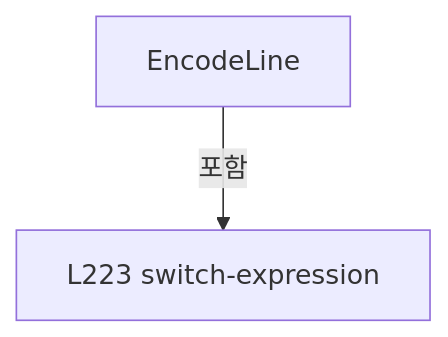
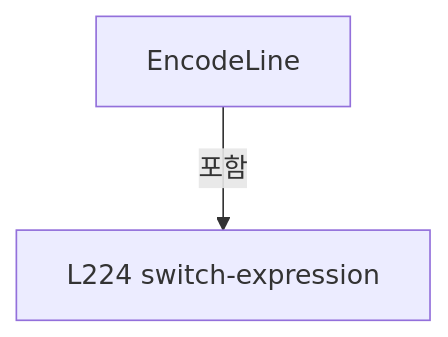
One commit to kjuws10-rgb/Shared changed the tenth of 11 diagrams in A3 LD Code Ref/files/Drilling.Common/Managers/CSettingManager.cs.md. Above: the diagram before and after it, drawn with Mermaid. The commit also changed other lines of this file and 1984 other files, not shown here.

Commit message:
docs(a3): update 11.17.0 architecture and complete code reference

````diff
--- a/A3 LD Code Ref/files/Drilling.Common/Managers/CSettingManager.cs.md
+++ b/A3 LD Code Ref/files/Drilling.Common/Managers/CSettingManager.cs.md
@@ -1817,6 +1821,6 @@
 ```mermaid
 flowchart TD
  M["EncodeLine"]
- N0["L223 switch-expression"]
+ N0["L224 switch-expression"]
  M -->|포함| N0
 ```
````
